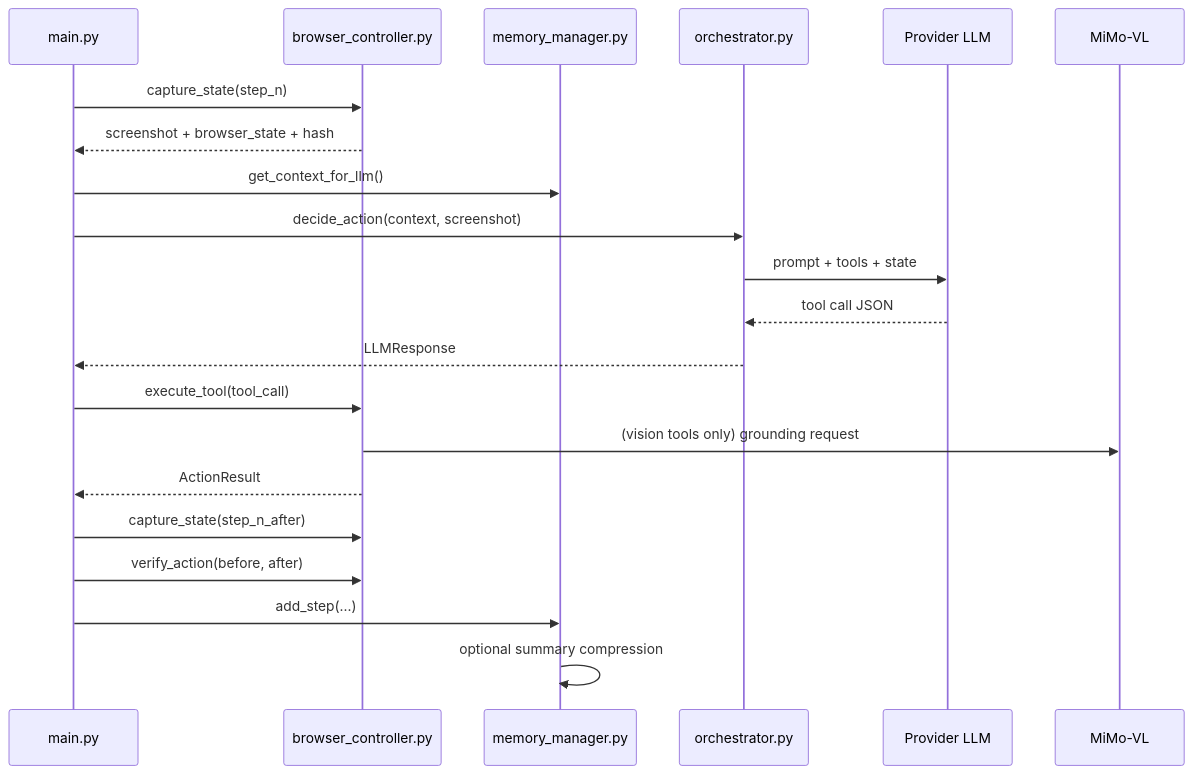
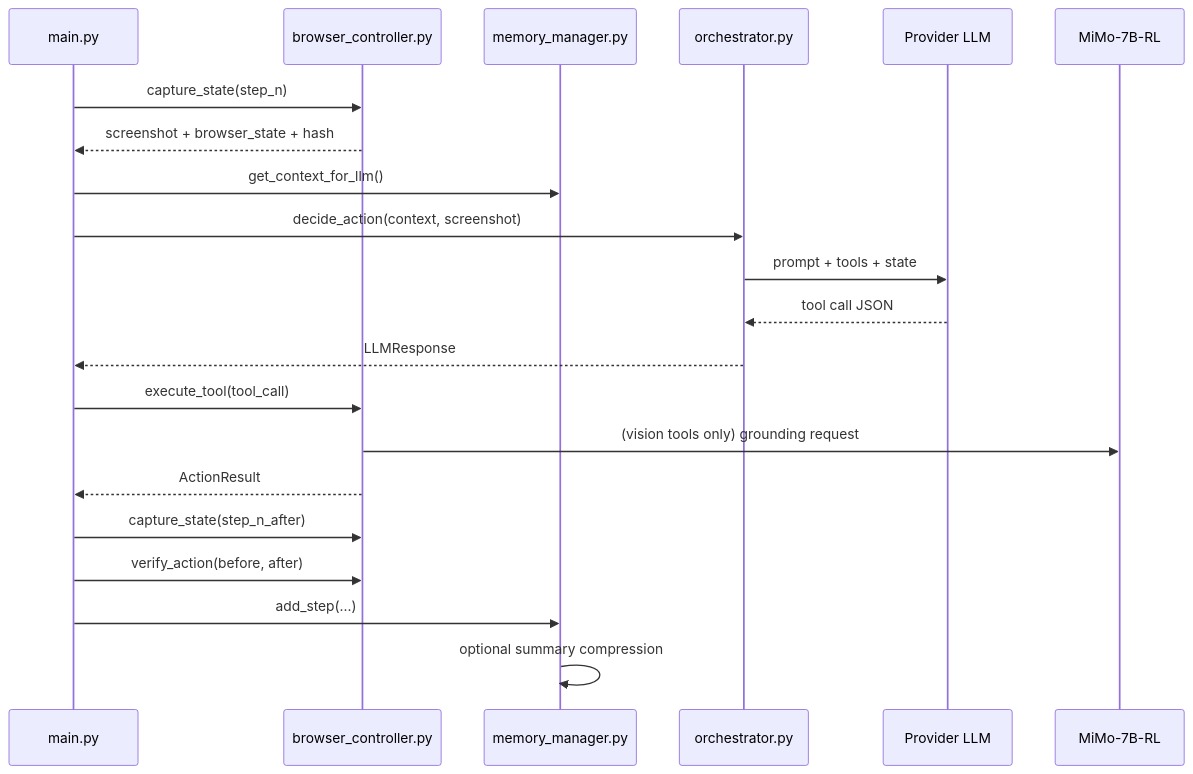
Before and after one commit to uspraveen/agent-browser-index: the second of 3 diagrams in cosmic-browser-use/README.md, drawn with Mermaid. The commit also changed other lines of this file and 6 other files, not shown here.

````diff
--- a/cosmic-browser-use/README.md
+++ b/cosmic-browser-use/README.md
@@ -49,24 +61,24 @@
 ```mermaid
 sequenceDiagram
     participant Main as main.py
     participant Browser as browser_controller.py
     participant Memory as memory_manager.py
     participant Orch as orchestrator.py
     participant LLM as Provider LLM
-    participant Mimo as MiMo-VL
+    participant Mimo as MiMo-7B-RL
 
     Main->>Browser: capture_state(step_n)
     Browser-->>Main: screenshot + browser_state + hash
     Main->>Memory: get_context_for_llm()
     Main->>Orch: decide_action(context, screenshot)
     Orch->>LLM: prompt + tools + state
     LLM-->>Orch: tool call JSON
     Orch-->>Main: LLMResponse
     Main->>Browser: execute_tool(tool_call)
     Browser->>Mimo: (vision tools only) grounding request
     Browser-->>Main: ActionResult
     Main->>Browser: capture_state(step_n_after)
     Main->>Browser: verify_action(before, after)
     Main->>Memory: add_step(...)
     Memory->>Memory: optional summary compression
 ```
````
